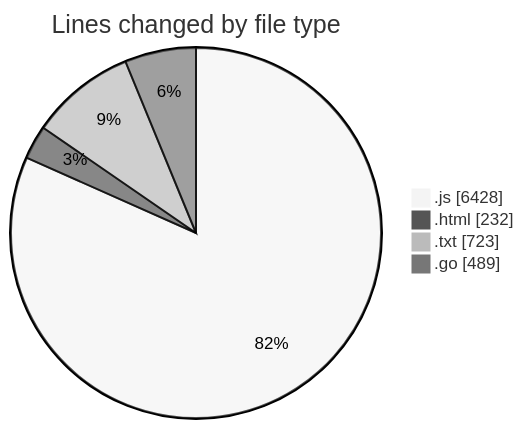
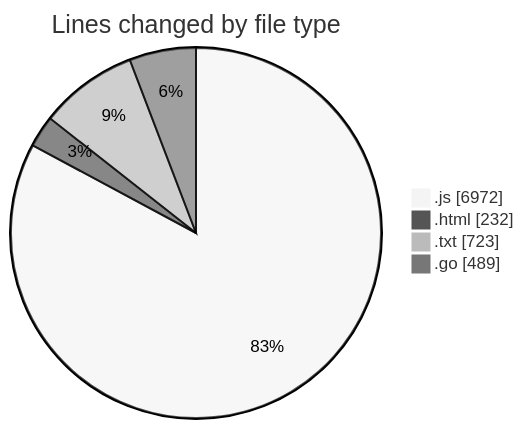
The first of 2 diagrams in 2025-03-03/kart-online/README.md (robertbonfada/code-tracking), drawn with Mermaid (neutral theme) before and after one commit. The commit also changed other lines of this file and 1 other file, not shown here.

````diff
--- a/2025-03-03/kart-online/README.md
+++ b/2025-03-03/kart-online/README.md
@@ -35,8 +39,8 @@
 ```mermaid
 pie showData
 title Lines changed by file type
-".js" : 6428
+".js" : 6972
 ".html" : 232
 ".txt" : 723
 ".go" : 489
 ```
````
